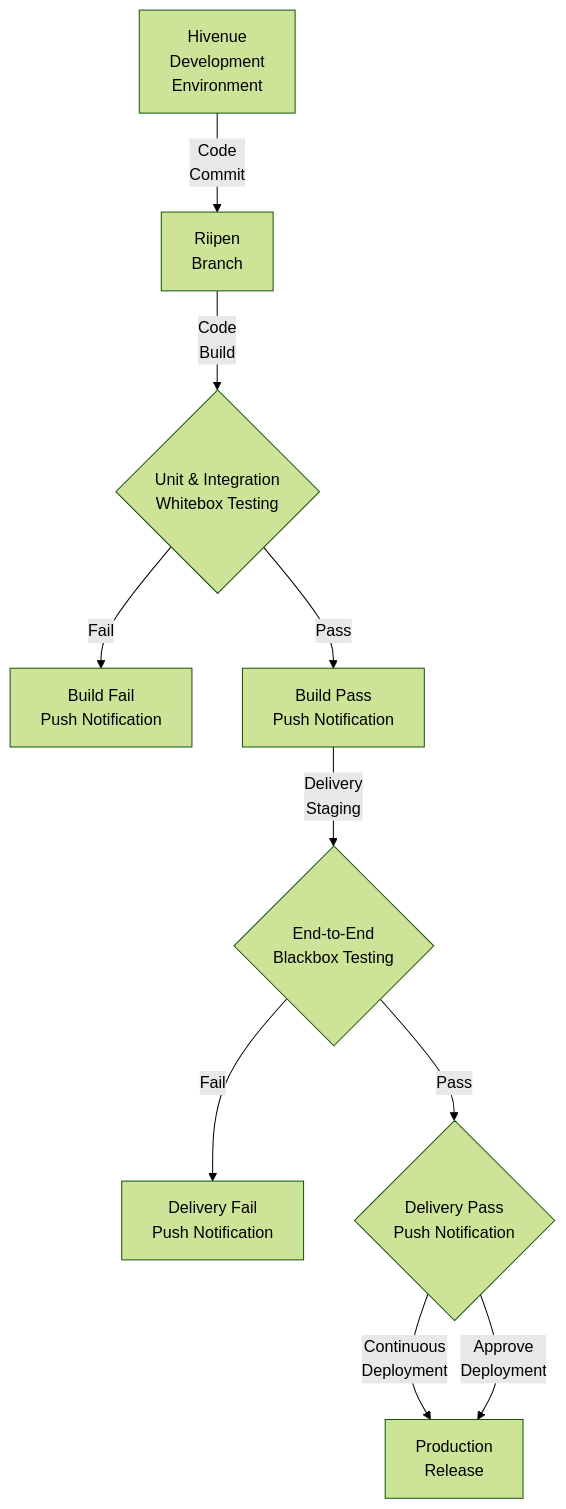
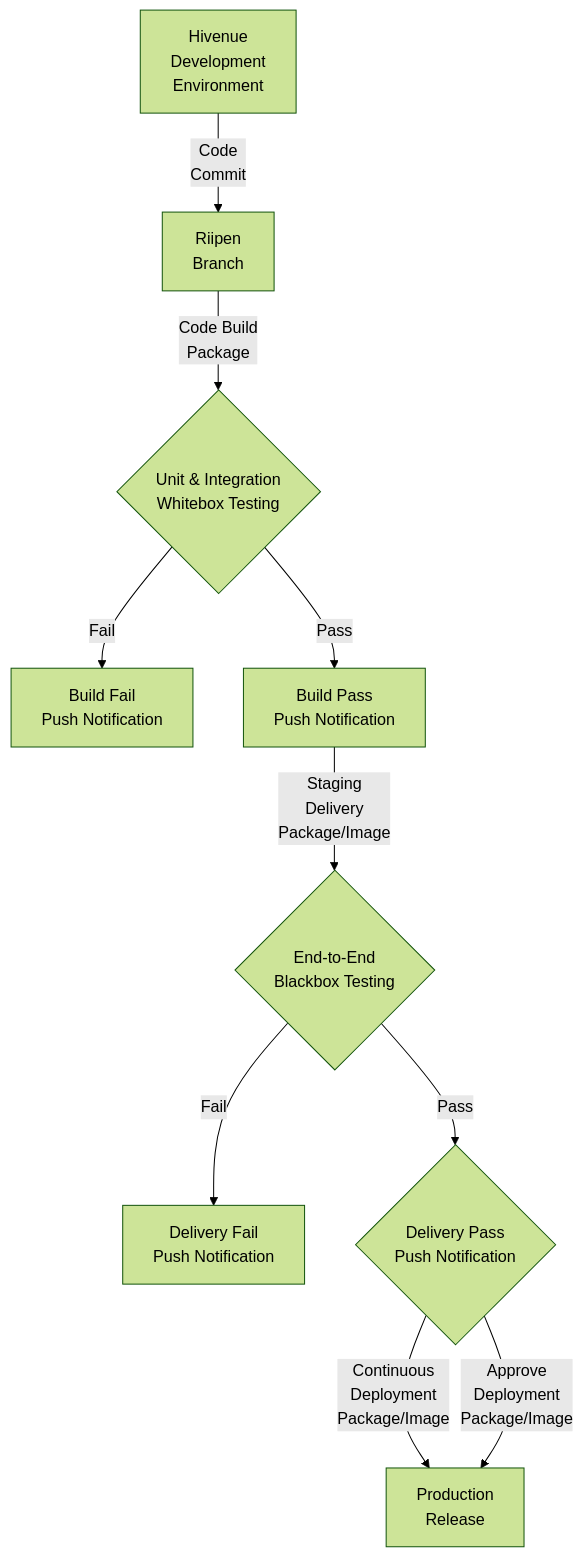
Before and after one commit to HaroonKhanDotNet/cctb_moodle: the diagram in BRD.md, drawn with Mermaid (forest theme).

````diff
--- a/BRD.md
+++ b/BRD.md
@@ -34,12 +34,12 @@
 ```mermaid
-  flowchart TD;
-      A[Hivenue <br> Development <br> Environment] -- Code <br> Commit --> B[Riipen <br> Branch];
-      B -- Code <br> Build --> C{Unit & Integration <br> Whitebox Testing};
-      C -- Fail --> D[Build Fail <br> Push Notification];
-      C -- Pass --> E[Build Pass <br> Push Notification];
-      E -- Delivery <br> Staging --> F{End-to-End <br> Blackbox Testing};
-      F -- Fail --> G[Delivery Fail <br> Push Notification];
-      F -- Pass --> H{Delivery Pass <br> Push Notification};
-      H -- Continuous <br> Deployment --> I[Production <br> Release];
-      H -- Approve <br> Deployment --> I;
+flowchart TD;
+A[Hivenue <br> Development <br> Environment] -- Code <br> Commit --> B[Riipen <br> Branch];
+B -- Code Build <br> Package --> C{Unit & Integration <br> Whitebox Testing};
+C -- Fail --> D[Build Fail <br> Push Notification];
+C -- Pass --> E[Build Pass <br> Push Notification];
+E -- Staging <br> Delivery <br> Package/Image --> F{End-to-End <br> Blackbox Testing};
+F -- Fail --> G[Delivery Fail <br> Push Notification];
+F -- Pass --> H{Delivery Pass <br> Push Notification};
+H -- Continuous <br> Deployment <br> Package/Image --> I[Production <br> Release];
+H -- Approve <br> Deployment <br> Package/Image --> I;
 ```
````
